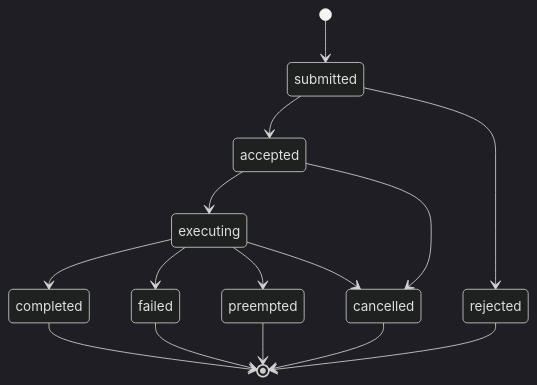
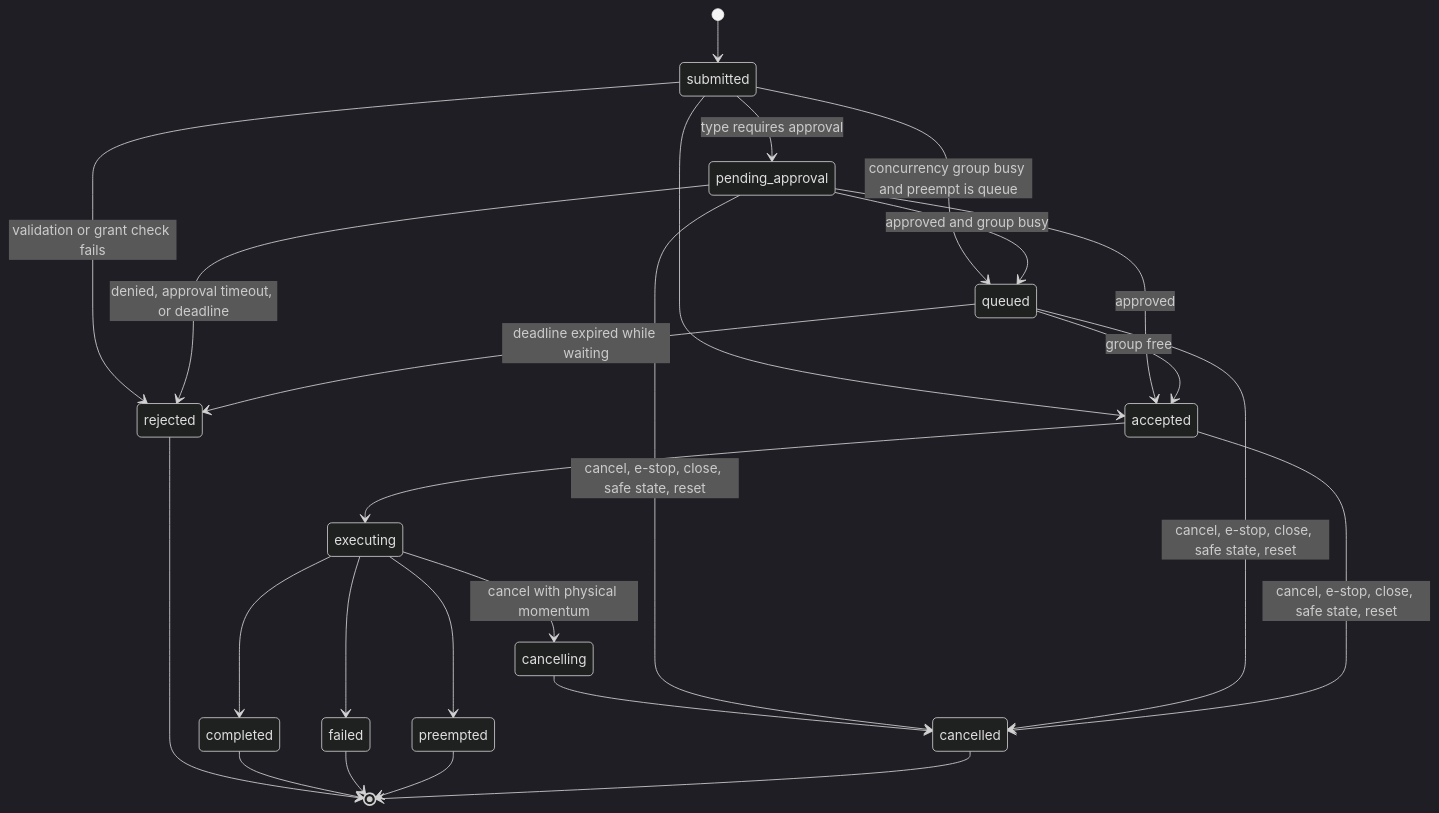
One commit to Hyperduality/agent-world-protocol changed the diagram in spec/loop/action-lifecycle.mdx. Above: the diagram before and after it, drawn with Mermaid (dark theme). The commit also changed other lines of this file and 144 other files, not shown here.

Commit message:
Add canonical JSON Schemas, validation CI, and a requirement matrix for the v0.1 draft.

````diff
--- a/spec/loop/action-lifecycle.mdx
+++ b/spec/loop/action-lifecycle.mdx
@@ -6,17 +8,27 @@
 ```mermaid
 stateDiagram-v2
     [*] --> submitted
+    submitted --> rejected: validation or grant check fails
+    submitted --> pending_approval: type requires approval
+    submitted --> queued: concurrency group busy and preempt is queue
     submitted --> accepted
-    submitted --> rejected
+    pending_approval --> queued: approved and group busy
+    pending_approval --> accepted: approved
+    pending_approval --> rejected: denied, approval timeout, or deadline
+    queued --> accepted: group free
+    queued --> rejected: deadline expired while waiting
     accepted --> executing
+    executing --> cancelling: cancel with physical momentum
     executing --> completed
     executing --> failed
     executing --> preempted
-    accepted --> cancelled
-    executing --> cancelled
+    cancelling --> cancelled
+    pending_approval --> cancelled: cancel, e-stop, close, safe state, reset
+    queued --> cancelled: cancel, e-stop, close, safe state, reset
+    accepted --> cancelled: cancel, e-stop, close, safe state, reset
     rejected --> [*]
     completed --> [*]
     failed --> [*]
     preempted --> [*]
     cancelled --> [*]
 ```
````
